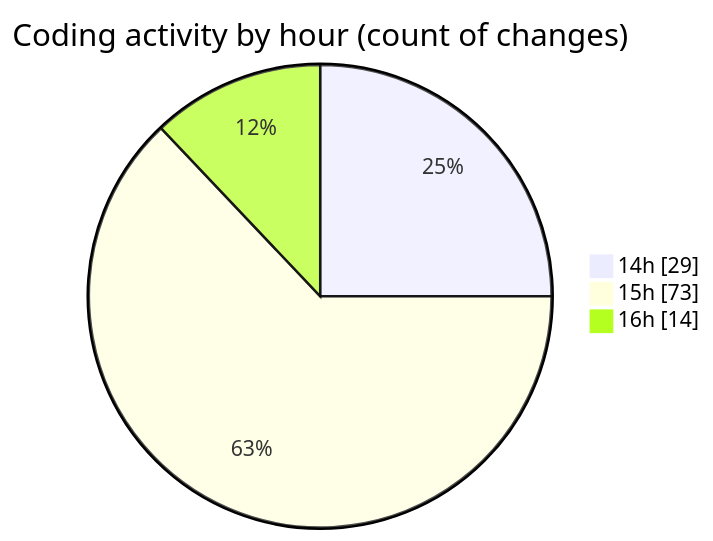
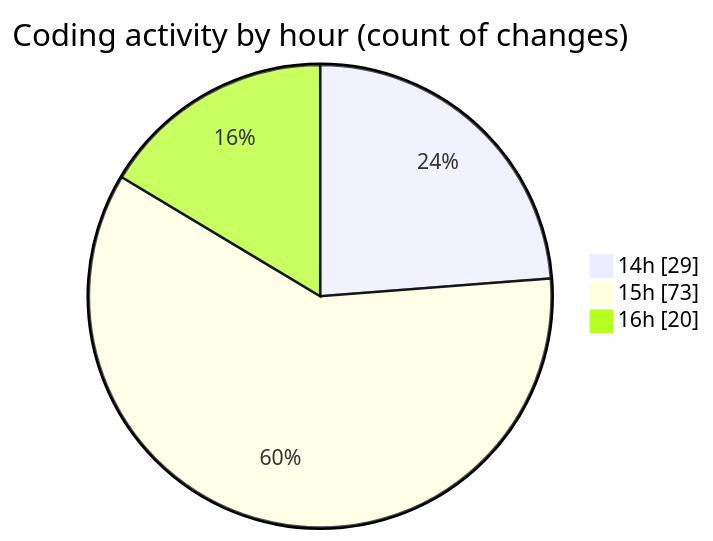
One commit to CELIANVF/code-tracking changed the second of 2 diagrams in 2025-06-05/ecodeli-1/README.md. Above: the diagram before and after it, drawn with Mermaid. The commit also changed other lines of this file and 1 other file, not shown here.

````diff
--- a/2025-06-05/ecodeli-1/README.md
+++ b/2025-06-05/ecodeli-1/README.md
@@ -67,7 +70,7 @@
 ```mermaid
 pie showData
 title Coding activity by hour (count of changes)
 "14h" : 29
 "15h" : 73
-"16h" : 14
+"16h" : 20
 ```
````
